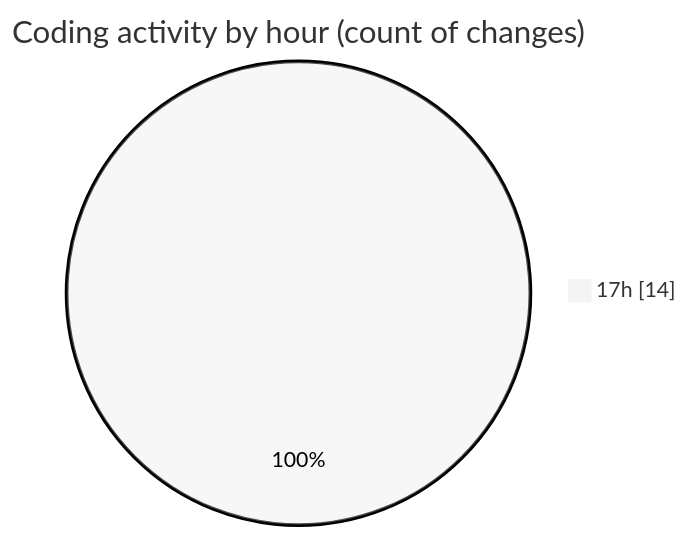
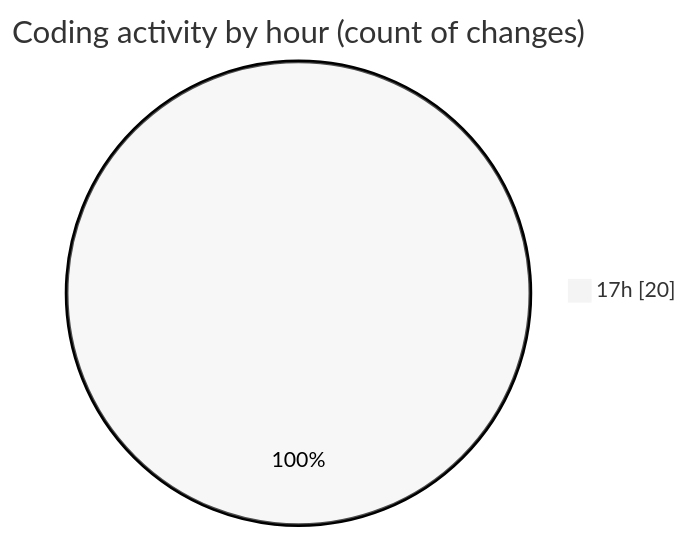
Before and after one commit to Netris89/code-tracking: the second of 2 diagrams in 2025-10-30/skintrack/README.md, drawn with Mermaid (neutral theme). The commit also changed other lines of this file and 1 other file, not shown here.

````diff
--- a/2025-10-30/skintrack/README.md
+++ b/2025-10-30/skintrack/README.md
@@ -30,5 +30,5 @@
 ```mermaid
 pie showData
 title Coding activity by hour (count of changes)
-"17h" : 14
+"17h" : 20
 ```
````
